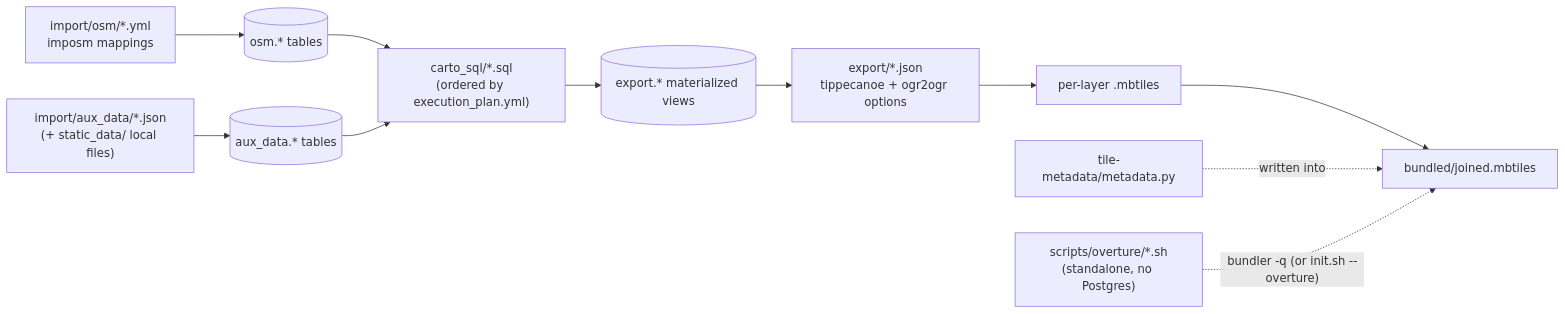
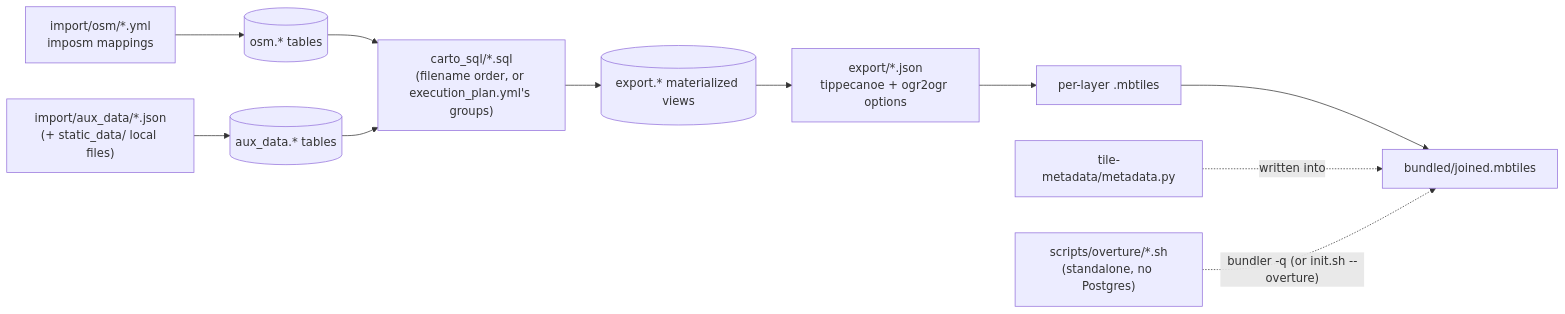
The diagram in docs/overview/architecture.md (ReleasableBasemapTiles/abt), drawn with Mermaid before and after one commit. The commit also changed 15 other files, not shown here.

````diff
--- a/docs/overview/architecture.md
+++ b/docs/overview/architecture.md
@@ -36,13 +36,13 @@
 ```mermaid
 flowchart LR
     osmYml["import/osm/*.yml<br/>imposm mappings"] --> osmSchema[("osm.* tables")]
     auxJson["import/aux_data/*.json<br/>(+ static_data/ local files)"] --> auxSchema[("aux_data.* tables")]
-    osmSchema --> cartoSql["carto_sql/*.sql<br/>(ordered by execution_plan.yml)"]
+    osmSchema --> cartoSql["carto_sql/*.sql<br/>(filename order, or execution_plan.yml's groups)"]
     auxSchema --> cartoSql
     cartoSql --> exportSchema[("export.* materialized views")]
     exportSchema --> exportJson["export/*.json<br/>tippecanoe + ogr2ogr options"]
     exportJson --> mbtiles["per-layer .mbtiles"]
     mbtiles --> bundle["bundled/joined.mbtiles"]
     metadataPy["tile-metadata/metadata.py"] -.->|written into| bundle
     overture["scripts/overture/*.sh<br/>(standalone, no Postgres)"] -.->|"bundler -q (or init.sh --overture)"| bundle
 ```
````
